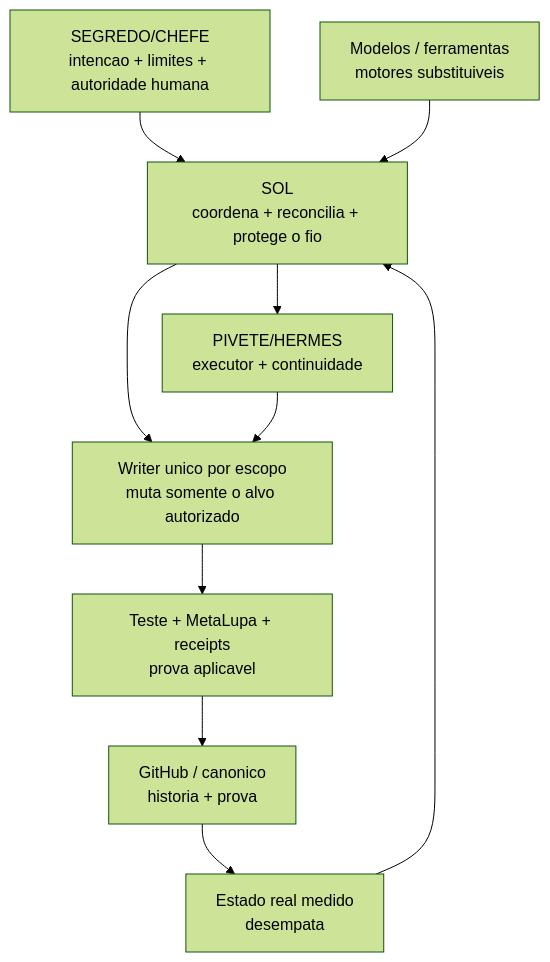
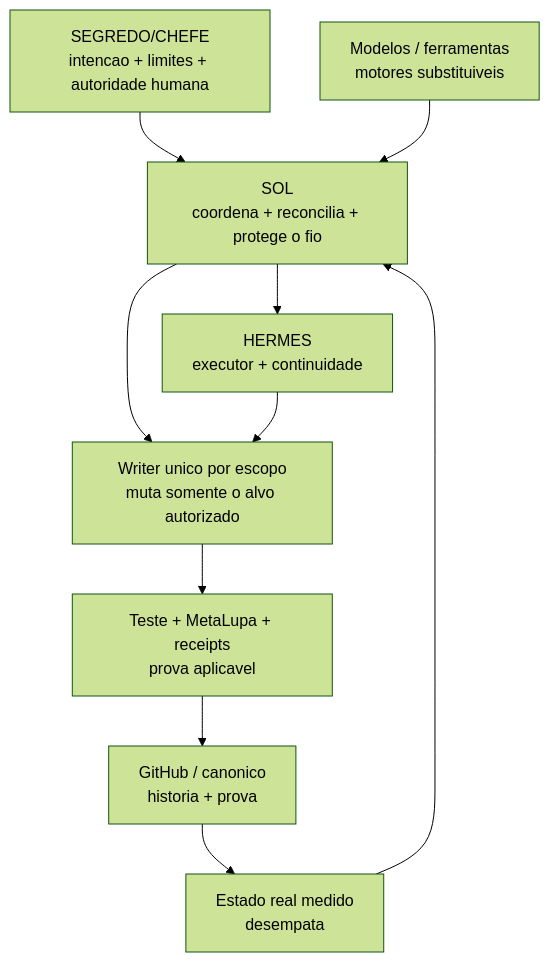
The first of 11 diagrams in docs/BRAIN/03-DOCUMENTACAO/03-GUIAS/DIAGRAMAS-CENTRALDARK.md (ServerVpss/CentralDark), drawn with Mermaid (forest theme) before and after one commit. The commit also changed other lines of this file and 87 other files, not shown here.

Commit message:
🧭 role: retire binding PIVETE/HERMES from CURRENT surfaces

````diff
--- a/docs/BRAIN/03-DOCUMENTACAO/03-GUIAS/DIAGRAMAS-CENTRALDARK.md
+++ b/docs/BRAIN/03-DOCUMENTACAO/03-GUIAS/DIAGRAMAS-CENTRALDARK.md
@@ -39,21 +39,21 @@
 ```mermaid
 flowchart TD
     CHEFE["SEGREDO/CHEFE<br/>intencao + limites + autoridade humana"]
     SOL["SOL<br/>coordena + reconcilia + protege o fio"]
     MOTORS["Modelos / ferramentas<br/>motores substituiveis"]
-    HERMES["PIVETE/HERMES<br/>executor + continuidade"]
+    HERMES["HERMES<br/>executor + continuidade"]
     WRITER["Writer unico por escopo<br/>muta somente o alvo autorizado"]
     VERIFY["Teste + MetaLupa + receipts<br/>prova aplicavel"]
     GIT["GitHub / canonico<br/>historia + prova"]
     REAL["Estado real medido<br/>desempata"]
 
     CHEFE --> SOL
     MOTORS --> SOL
     SOL --> HERMES
     SOL --> WRITER
     HERMES --> WRITER
     WRITER --> VERIFY
     VERIFY --> GIT
     GIT --> REAL
     REAL --> SOL
 ```
````
